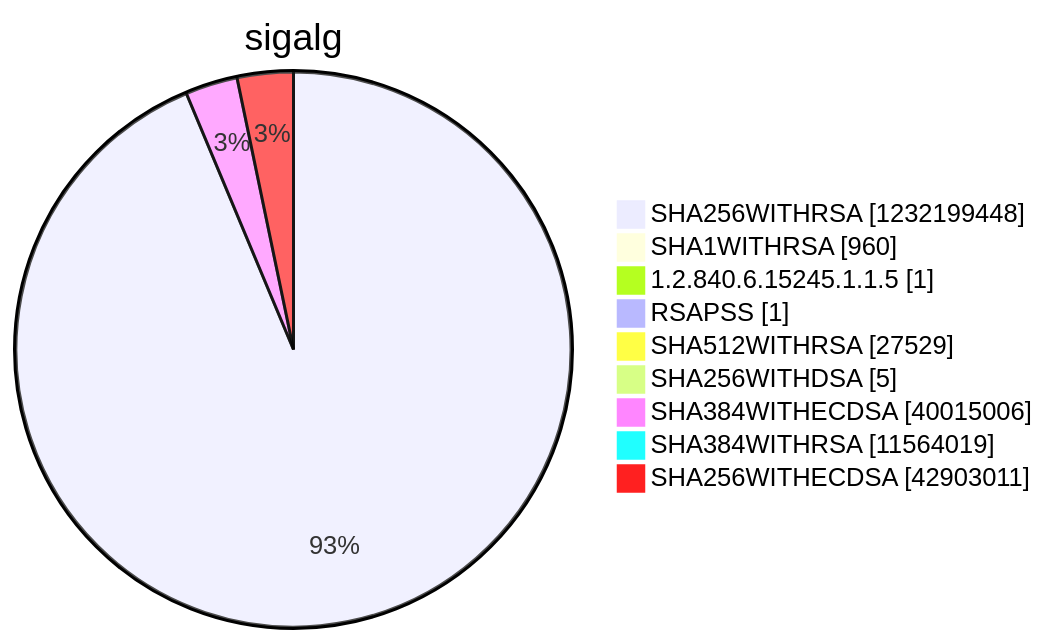
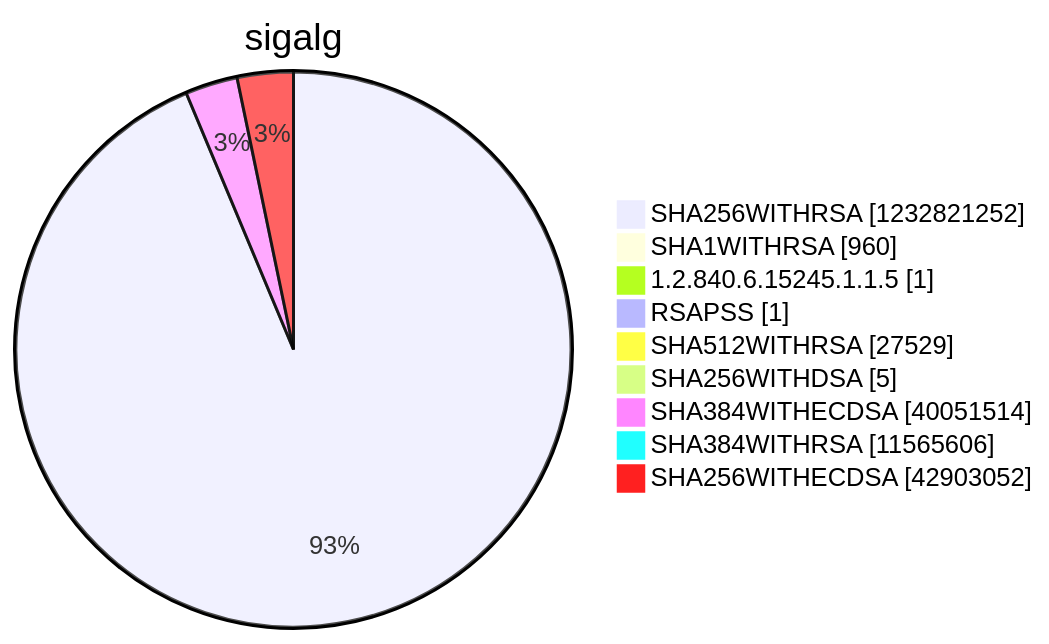
Before and after one commit to christiankrug/ctmonitor_visualization: diagram 15 of 15 in argon2022/README.md, drawn with Mermaid. The commit also changed other lines of this file, not shown here.

````diff
--- a/argon2022/README.md
+++ b/argon2022/README.md
@@ -5522,13 +5522,13 @@
 ```mermaid
 pie showData
 title sigalg
-"SHA256WITHRSA" :1232199448
+"SHA256WITHRSA" :1232821252
 "SHA1WITHRSA" :960
 "1.2.840.6.15245.1.1.5" :1
 "RSAPSS" :1
 "SHA512WITHRSA" :27529
 "SHA256WITHDSA" :5
-"SHA384WITHECDSA" :40015006
-"SHA384WITHRSA" :11564019
-"SHA256WITHECDSA" :42903011
+"SHA384WITHECDSA" :40051514
+"SHA384WITHRSA" :11565606
+"SHA256WITHECDSA" :42903052
 ```
````
